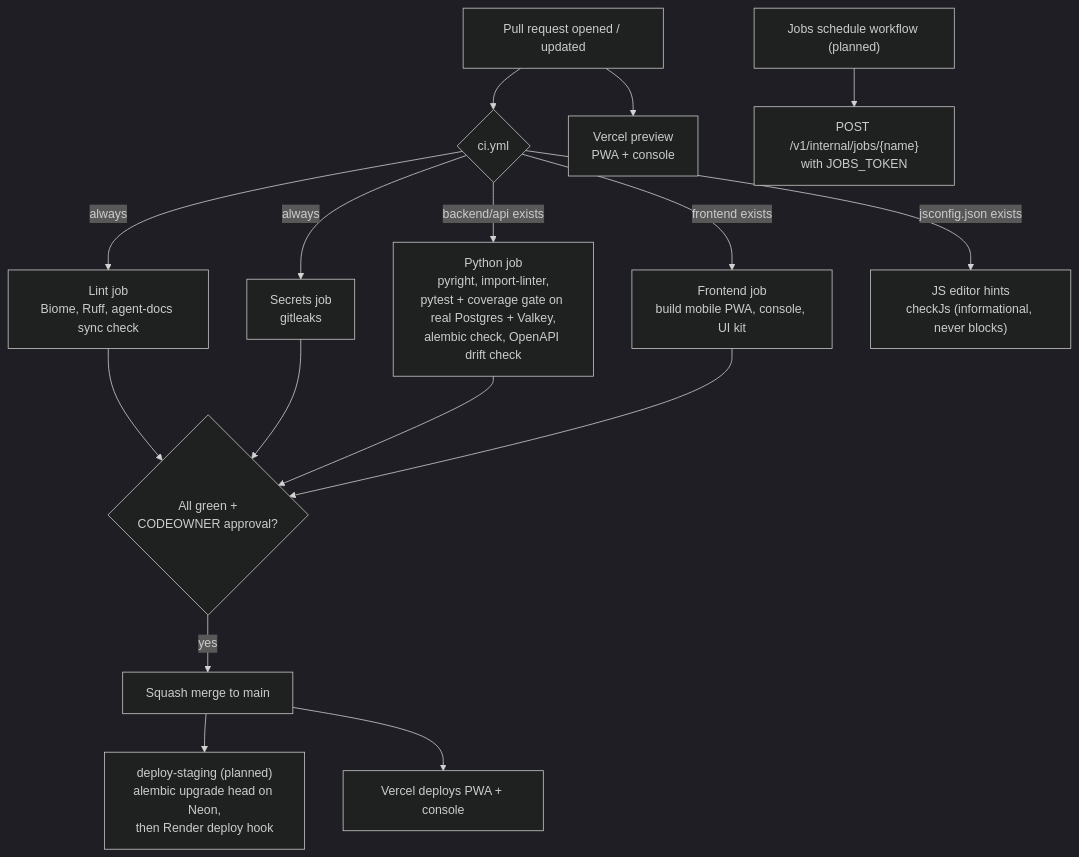
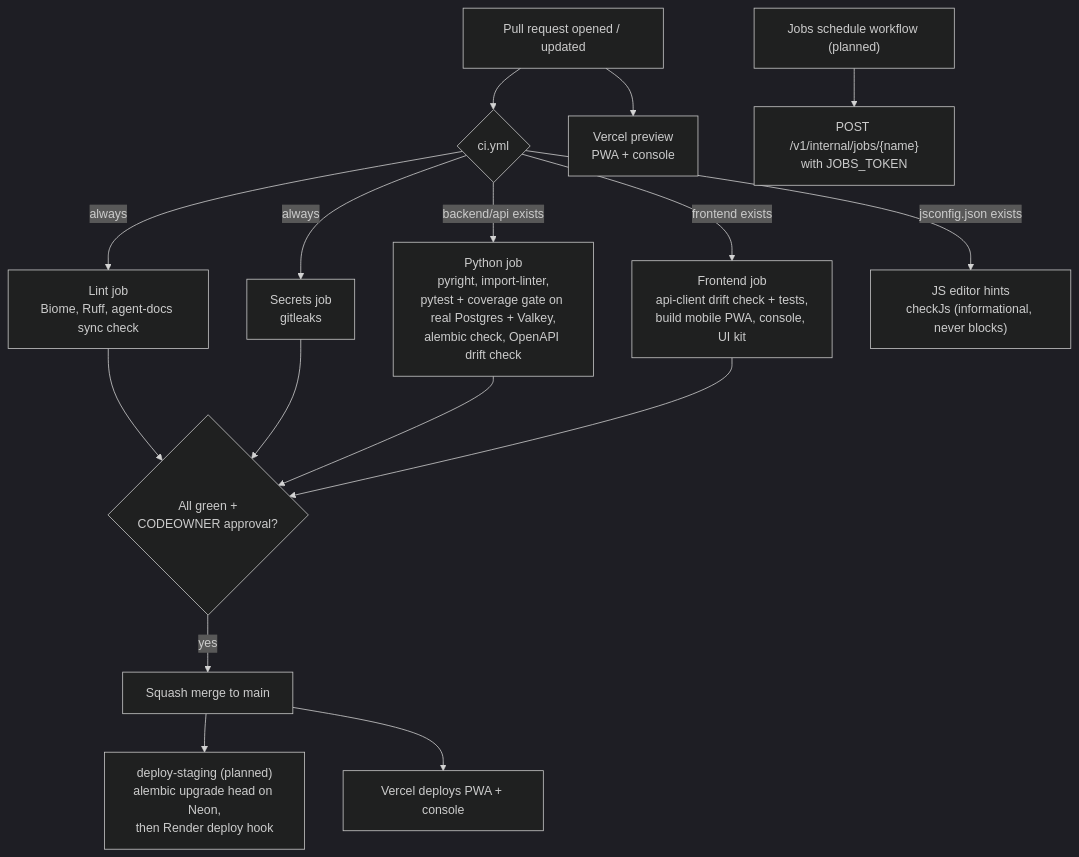
The second of 3 diagrams in docs/handbook/11-engineering-process.md (prelekar7/GharBasket), drawn with Mermaid (dark theme) before and after one commit. The commit also changed other lines of this file and 27 other files, not shown here.

First line of the commit message:
feat(platform): generated API client, problem+json in the contract, endpoint fuzzing

````diff
--- a/docs/handbook/11-engineering-process.md
+++ b/docs/handbook/11-engineering-process.md
@@ -112,18 +112,18 @@
 ```mermaid
 flowchart TD
     PR["Pull request opened / updated"] --> CI{"ci.yml"}
     CI -->|always| LINT["Lint job<br/>Biome, Ruff, agent-docs sync check"]
     CI -->|always| SEC["Secrets job<br/>gitleaks"]
     CI -->|"backend/api exists"| PY["Python job<br/>pyright, import-linter,<br/>pytest + coverage gate on real Postgres + Valkey,<br/>alembic check, OpenAPI drift check"]
-    CI -->|"frontend exists"| FE["Frontend job<br/>build mobile PWA, console, UI kit"]
+    CI -->|"frontend exists"| FE["Frontend job<br/>api-client drift check + tests,<br/>build mobile PWA, console, UI kit"]
     CI -->|"jsconfig.json exists"| HINT["JS editor hints<br/>checkJs (informational, never blocks)"]
     PR --> VP["Vercel preview<br/>PWA + console"]
     LINT --> OK{"All green +<br/>CODEOWNER approval?"}
     SEC --> OK
     PY --> OK
     FE --> OK
     OK -->|yes| MG["Squash merge to main"]
     MG --> STG["deploy-staging (planned)<br/>alembic upgrade head on Neon,<br/>then Render deploy hook"]
     MG --> VD["Vercel deploys PWA + console"]
     SCH["Jobs schedule workflow (planned)"] --> JOB["POST /v1/internal/jobs/{name}<br/>with JOBS_TOKEN"]
 ```
````
